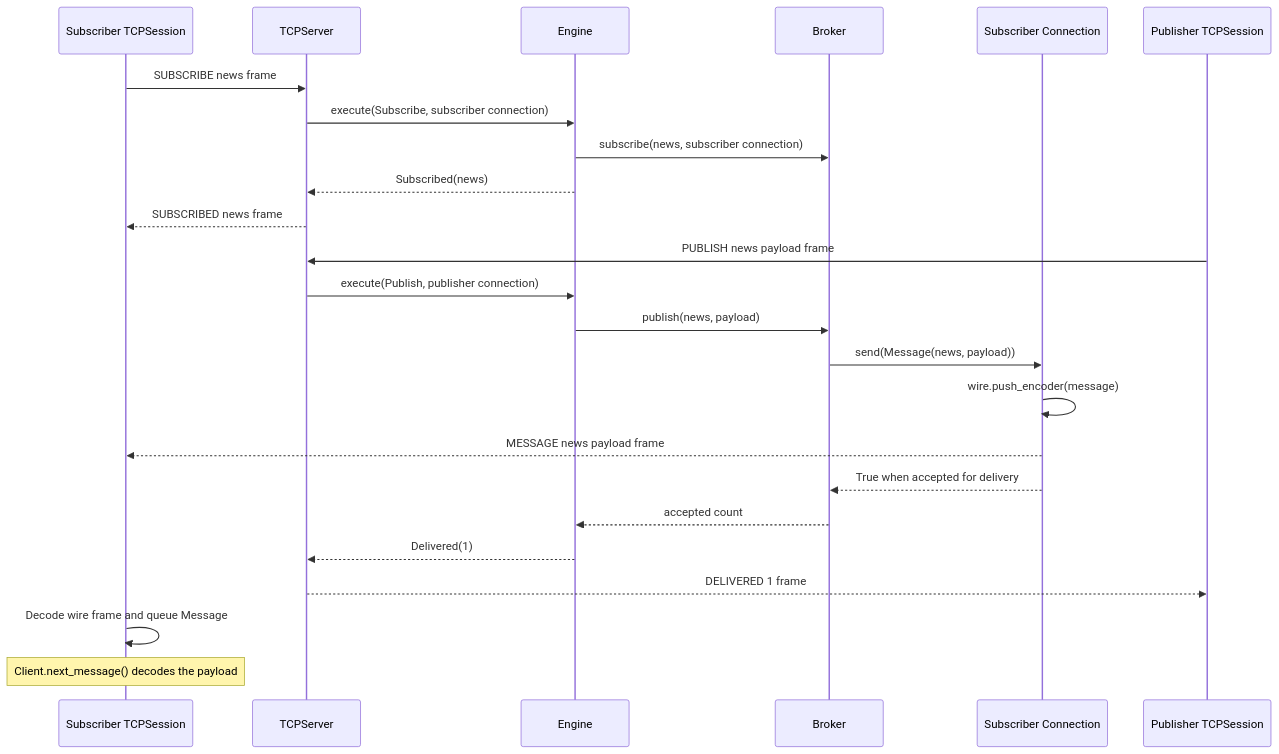
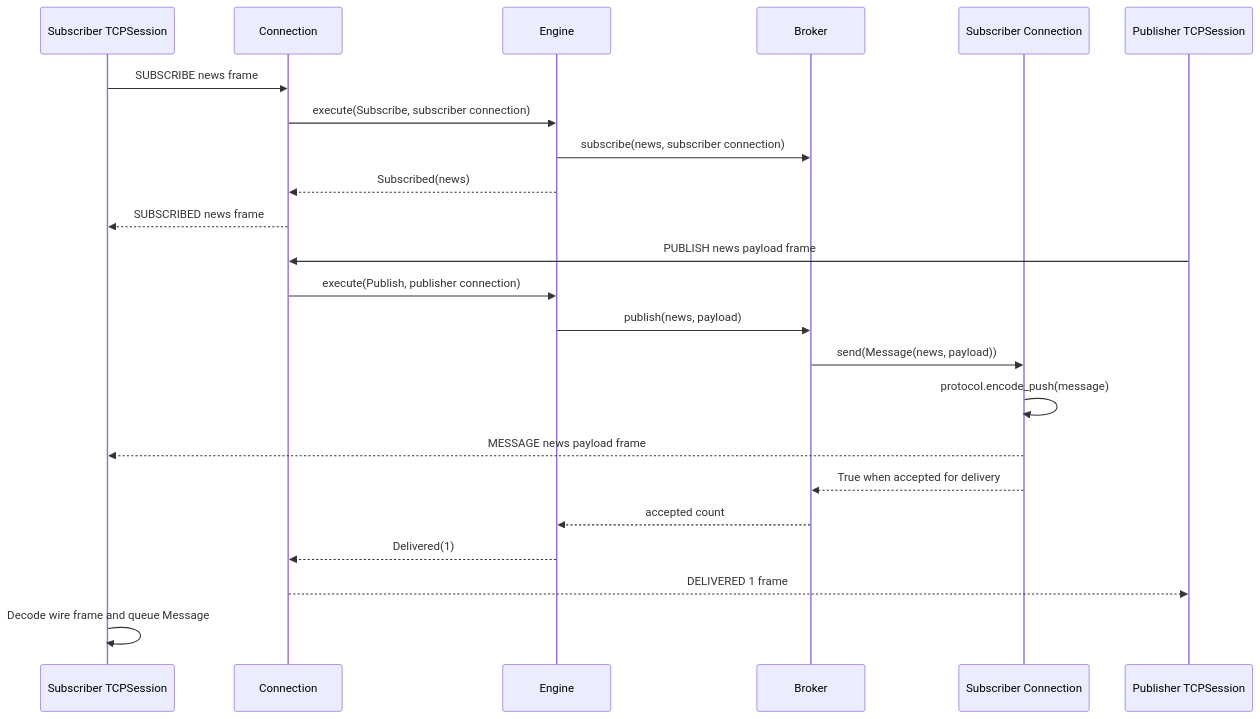
The third of 5 diagrams in README.md (gchape/velis), drawn with Mermaid before and after one commit. The commit also changed other lines of this file and 1 other file, not shown here.

First line of the commit message:
docs: describe fixed wire framing and opaque client payloads

````diff
--- a/README.md
+++ b/README.md
@@ -226,28 +205,27 @@
 ```mermaid
 sequenceDiagram
     participant A as Subscriber TCPSession
-    participant S as TCPServer
+    participant S as Connection
     participant E as Engine
     participant B as Broker
     participant N as Subscriber Connection
     participant P as Publisher TCPSession
 
     A->>S: SUBSCRIBE news frame
     S->>E: execute(Subscribe, subscriber connection)
     E->>B: subscribe(news, subscriber connection)
     E-->>S: Subscribed(news)
     S-->>A: SUBSCRIBED news frame
 
     P->>S: PUBLISH news payload frame
     S->>E: execute(Publish, publisher connection)
     E->>B: publish(news, payload)
     B->>N: send(Message(news, payload))
-    N->>N: wire.push_encoder(message)
+    N->>N: protocol.encode_push(message)
     N-->>A: MESSAGE news payload frame
     N-->>B: True when accepted for delivery
     B-->>E: accepted count
     E-->>S: Delivered(1)
     S-->>P: DELIVERED 1 frame
     A->>A: Decode wire frame and queue Message
-    Note over A: Client.next_message() decodes the payload
 ```
````
